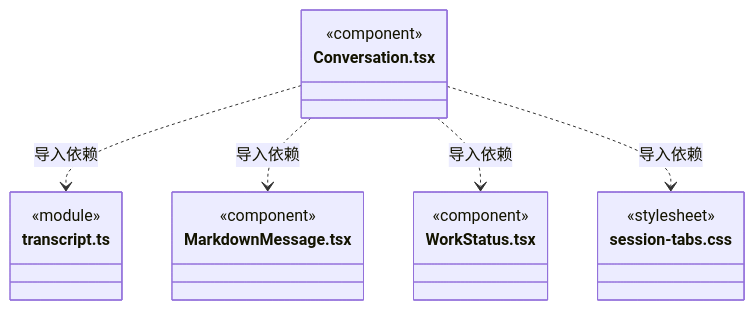
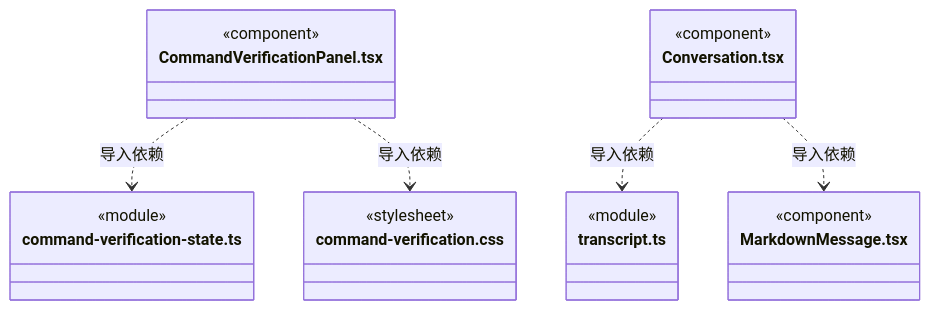
Before and after one commit to nan023062/cbim: diagram 39 of 47 in src/frontend/conversation/ARCHITECTURE.md, drawn with Mermaid. The commit also changed other lines of this file and 68 other files, not shown here.

````diff
--- a/src/frontend/conversation/ARCHITECTURE.md
+++ b/src/frontend/conversation/ARCHITECTURE.md
@@ -484,22 +573,25 @@
 ```mermaid
 classDiagram
+class N_src_frontend_conversation_CommandVerificationPanel_tsx["CommandVerificationPanel.tsx"] {
+  <<component>>
+}
+class N_src_frontend_conversation_command_verification_state_ts["command-verification-state.ts"] {
+  <<module>>
+}
+class N_src_frontend_conversation_command_verification_css["command-verification.css"] {
+  <<stylesheet>>
+}
 class N_src_frontend_conversation_Conversation_tsx["Conversation.tsx"] {
   <<component>>
 }
 class N_src_frontend_conversation_transcript_ts["transcript.ts"] {
   <<module>>
 }
 class N_src_frontend_conversation_MarkdownMessage_tsx["MarkdownMessage.tsx"] {
   <<component>>
 }
-class N_src_frontend_conversation_WorkStatus_tsx["WorkStatus.tsx"] {
-  <<component>>
-}
-class N_src_frontend_conversation_session_tabs_css["session-tabs.css"] {
-  <<stylesheet>>
-}
+N_src_frontend_conversation_CommandVerificationPanel_tsx ..> N_src_frontend_conversation_command_verification_state_ts : 导入依赖
+N_src_frontend_conversation_CommandVerificationPanel_tsx ..> N_src_frontend_conversation_command_verification_css : 导入依赖
 N_src_frontend_conversation_Conversation_tsx ..> N_src_frontend_conversation_transcript_ts : 导入依赖
 N_src_frontend_conversation_Conversation_tsx ..> N_src_frontend_conversation_MarkdownMessage_tsx : 导入依赖
-N_src_frontend_conversation_Conversation_tsx ..> N_src_frontend_conversation_WorkStatus_tsx : 导入依赖
-N_src_frontend_conversation_Conversation_tsx ..> N_src_frontend_conversation_session_tabs_css : 导入依赖
 ```
````
